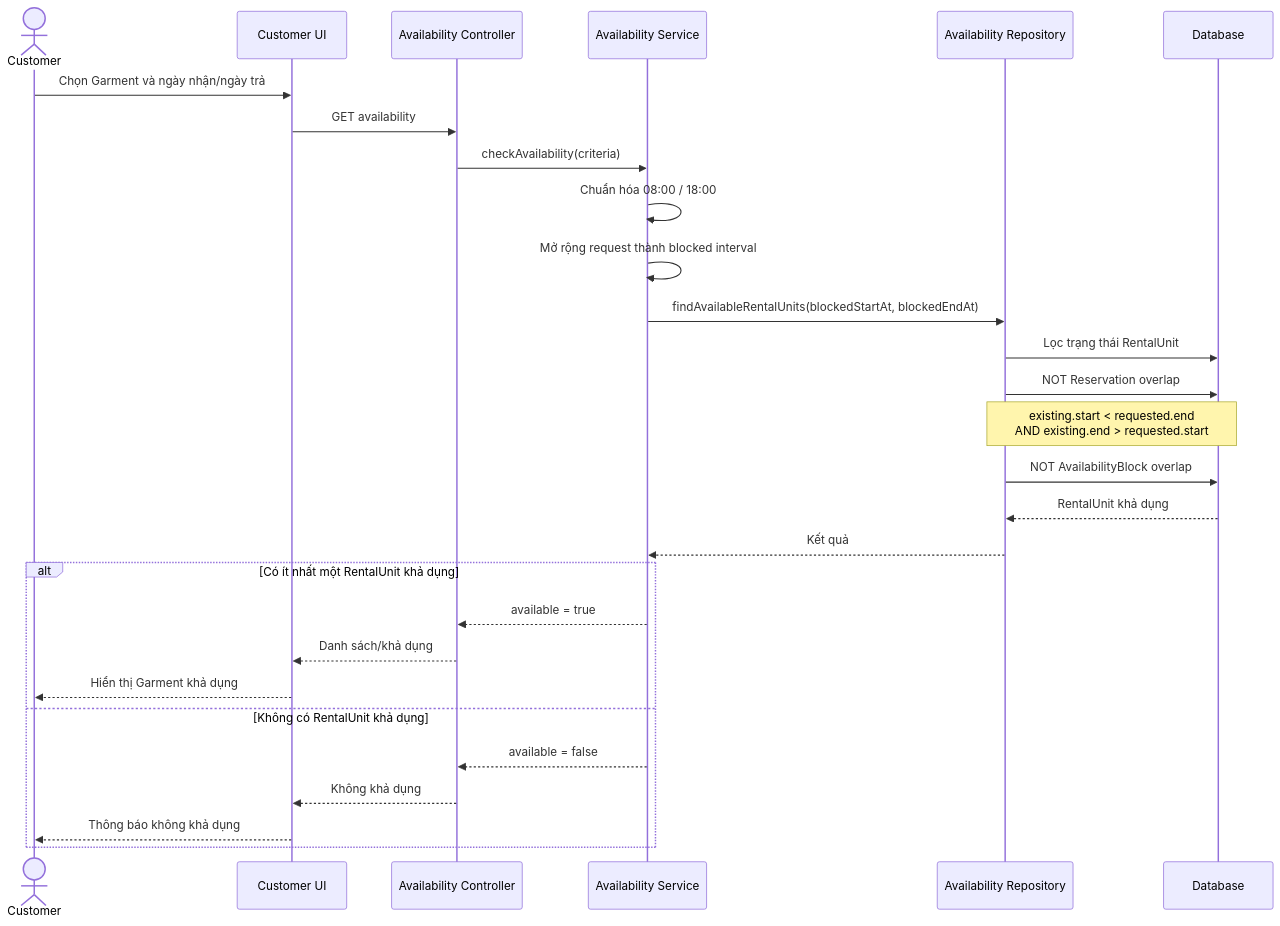
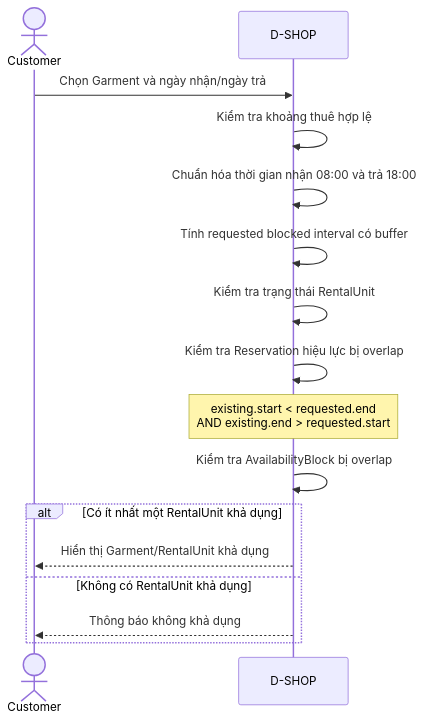
Before and after one commit to ndd-uit/D-Shop: the diagram in docs/business-analysis/06-sequence/p02-availability.md, drawn with Mermaid. The commit also changed 7 other files, not shown here.

Commit message:
docs: align BA diagrams with rental lifecycle

````diff
--- a/docs/business-analysis/06-sequence/p02-availability.md
+++ b/docs/business-analysis/06-sequence/p02-availability.md
@@ -12,32 +12,20 @@
 ```mermaid
 sequenceDiagram
     actor Customer
-    participant UI as Customer UI
-    participant Controller as Availability Controller
-    participant Service as Availability Service
-    participant Repository as Availability Repository
-    participant DB as Database
+    participant System as D-SHOP
 
-    Customer->>UI: Chọn Garment và ngày nhận/ngày trả
-    UI->>Controller: GET availability
-    Controller->>Service: checkAvailability(criteria)
-    Service->>Service: Chuẩn hóa 08:00 / 18:00
-    Service->>Service: Mở rộng request thành blocked interval
-    Service->>Repository: findAvailableRentalUnits(blockedStartAt, blockedEndAt)
-    Repository->>DB: Lọc trạng thái RentalUnit
-    Repository->>DB: NOT Reservation overlap
-    Note over Repository,DB: existing.start < requested.end<br/>AND existing.end > requested.start
-    Repository->>DB: NOT AvailabilityBlock overlap
-    DB-->>Repository: RentalUnit khả dụng
-    Repository-->>Service: Kết quả
+    Customer->>System: Chọn Garment và ngày nhận/ngày trả
+    System->>System: Kiểm tra khoảng thuê hợp lệ
+    System->>System: Chuẩn hóa thời gian nhận 08:00 và trả 18:00
+    System->>System: Tính requested blocked interval có buffer
+    System->>System: Kiểm tra trạng thái RentalUnit
+    System->>System: Kiểm tra Reservation hiệu lực bị overlap
+    Note over System: existing.start < requested.end<br/>AND existing.end > requested.start
+    System->>System: Kiểm tra AvailabilityBlock bị overlap
 
     alt Có ít nhất một RentalUnit khả dụng
-        Service-->>Controller: available = true
-        Controller-->>UI: Danh sách/khả dụng
-        UI-->>Customer: Hiển thị Garment khả dụng
+        System-->>Customer: Hiển thị Garment/RentalUnit khả dụng
     else Không có RentalUnit khả dụng
-        Service-->>Controller: available = false
-        Controller-->>UI: Không khả dụng
-        UI-->>Customer: Thông báo không khả dụng
+        System-->>Customer: Thông báo không khả dụng
     end
 ```
````
